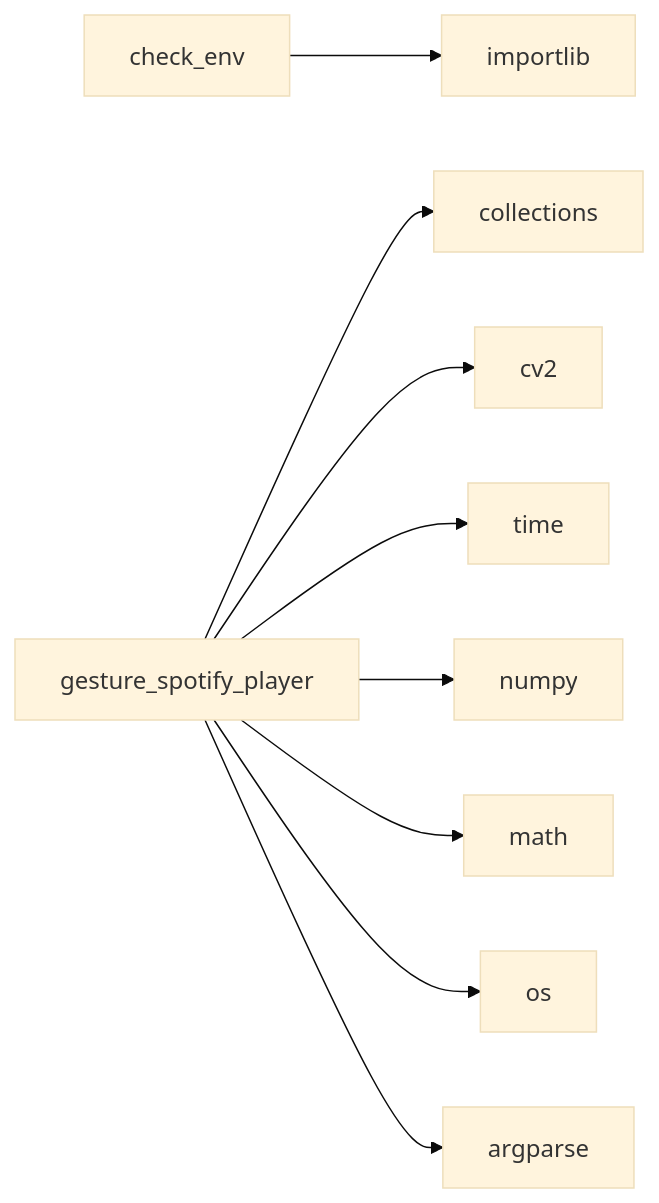
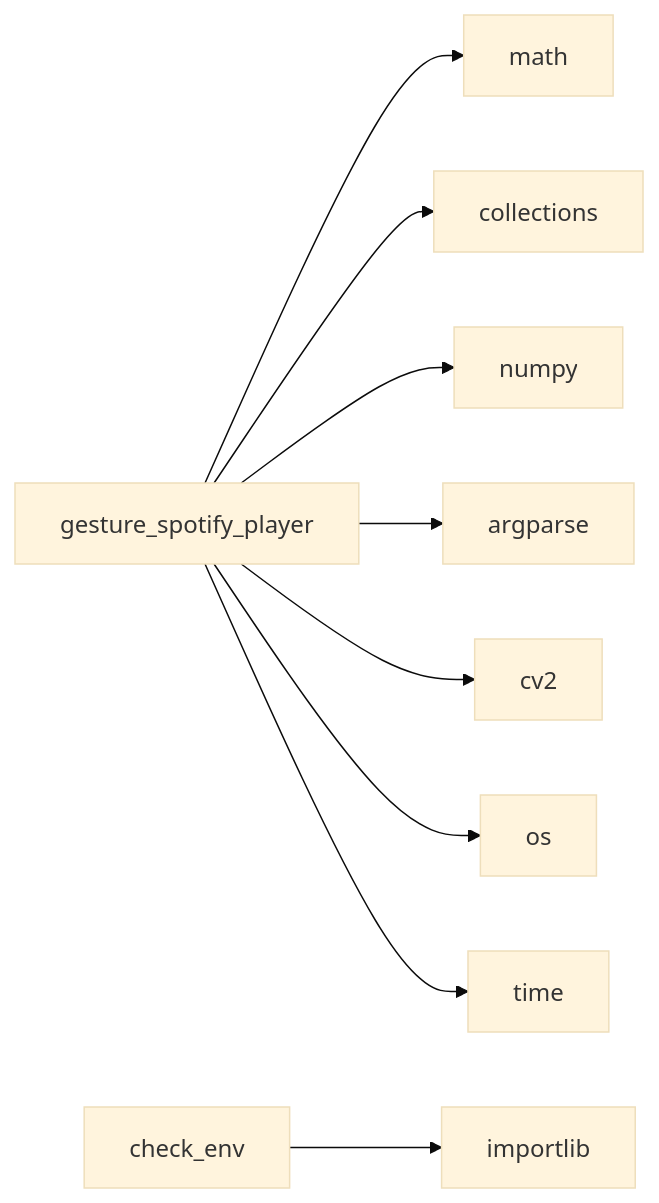
Before and after one commit to NITISH-R-G/PalmPlay1: the diagram in .github/docs/dependencies.md, drawn with Mermaid (base theme). The commit also changed 3 other files, not shown here.

Commit message:
docs: update repository documentation and diagrams [skip ci]

````diff
--- a/.github/docs/dependencies.md
+++ b/.github/docs/dependencies.md
@@ -3,15 +3,15 @@
 ```mermaid
 graph LR
+    gesture_spotify_player[gesture_spotify_player]
+    gesture_spotify_player --> math[math]
+    gesture_spotify_player --> collections[collections]
+    gesture_spotify_player --> numpy[numpy]
+    gesture_spotify_player --> argparse[argparse]
+    gesture_spotify_player --> cv2[cv2]
+    gesture_spotify_player --> os[os]
+    gesture_spotify_player --> time[time]
     check_env[check_env]
     check_env --> importlib[importlib]
-    gesture_spotify_player[gesture_spotify_player]
-    gesture_spotify_player --> collections[collections]
-    gesture_spotify_player --> cv2[cv2]
-    gesture_spotify_player --> time[time]
-    gesture_spotify_player --> numpy[numpy]
-    gesture_spotify_player --> math[math]
-    gesture_spotify_player --> os[os]
-    gesture_spotify_player --> argparse[argparse]
-    click check_env href "https://github.com/USER/REPO/blob/main/check_env.py" "View source code"
-    click gesture_spotify_player href "https://github.com/USER/REPO/blob/main/gesture_spotify_player.py" "View source code"
+    click gesture_spotify_player href "https://github.com/NITISH-R-G/PalmPlay1/blob/1/merge/gesture_spotify_player.py" "View source code"
+    click check_env href "https://github.com/NITISH-R-G/PalmPlay1/blob/1/merge/check_env.py" "View source code"
 ```
````
